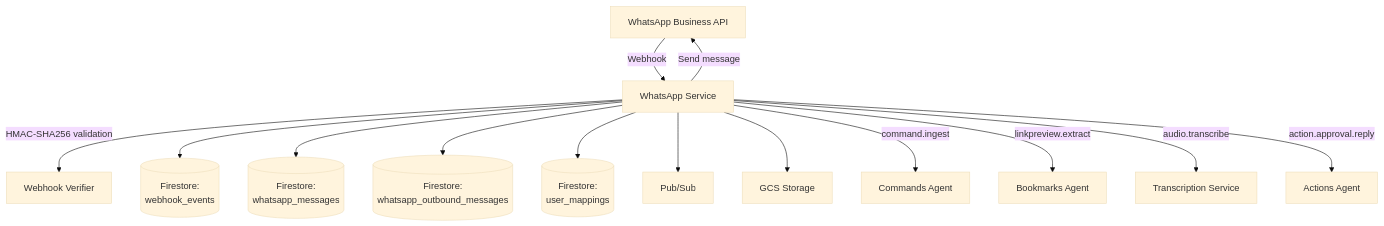
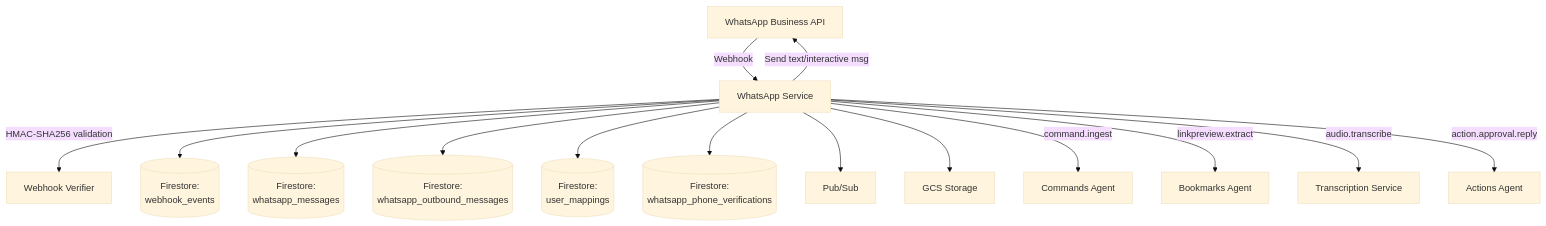
Before and after one commit to pbuchman/intexuraos: the first of 3 diagrams in docs/services/whatsapp-service/technical.md, drawn with Mermaid (base theme). The commit also changed other lines of this file and 214 other files, not shown here.

````diff
--- a/docs/services/whatsapp-service/technical.md
+++ b/docs/services/whatsapp-service/technical.md
@@ -9,20 +9,21 @@
 ```mermaid
 graph TB
     WhatsApp[WhatsApp Business API] -->|Webhook| WS[WhatsApp Service]
 
     WS -->|HMAC-SHA256 validation| WV[Webhook Verifier]
     WS --> EventRepo[(Firestore:<br/>webhook_events)]
     WS --> MsgRepo[(Firestore:<br/>whatsapp_messages)]
     WS --> OutboundRepo[(Firestore:<br/>whatsapp_outbound_messages)]
     WS --> MappingRepo[(Firestore:<br/>user_mappings)]
+    WS --> VerifyRepo[(Firestore:<br/>whatsapp_phone_verifications)]
     WS --> PubSub[Pub/Sub]
 
     WS --> MediaStorage[GCS Storage]
 
     WS -->|command.ingest| CA[Commands Agent]
     WS -->|linkpreview.extract| BA[Bookmarks Agent]
     WS -->|audio.transcribe| TS[Transcription Service]
     WS -->|action.approval.reply| AA[Actions Agent]
 
-    WS -->|Send message| WhatsApp
+    WS -->|Send text/interactive msg| WhatsApp
 ```
````
